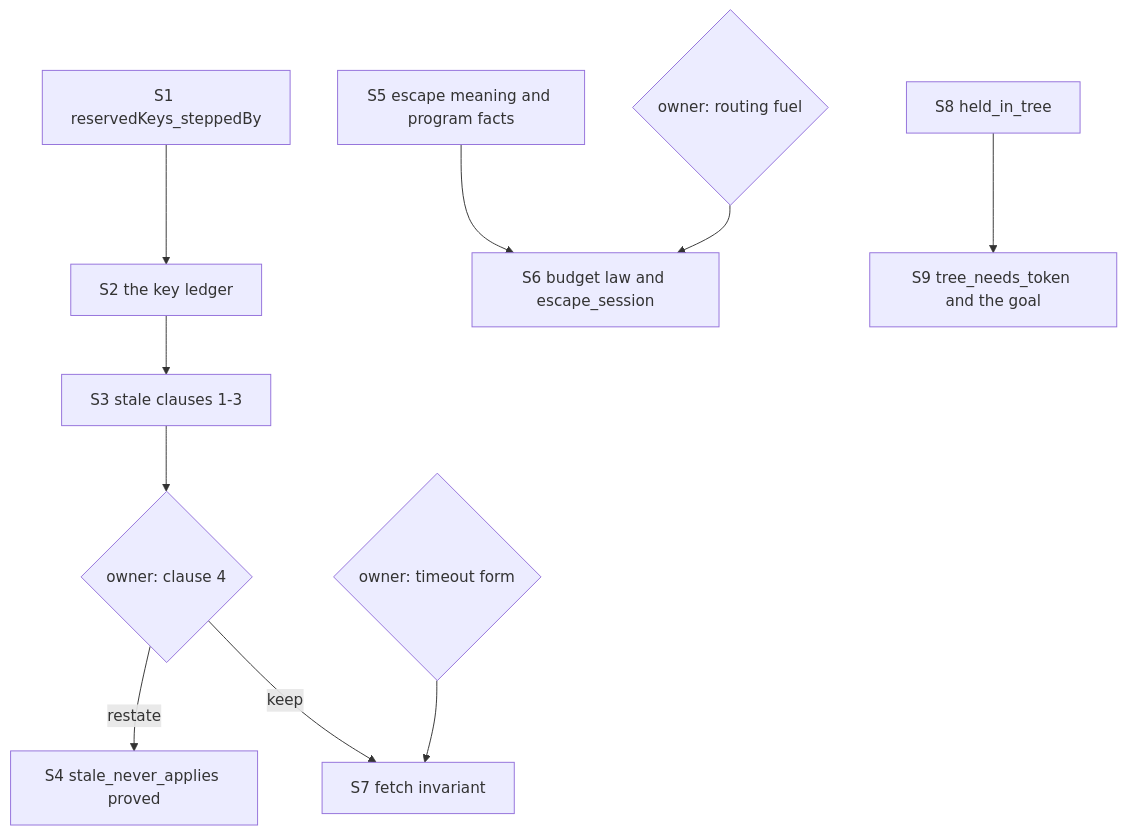
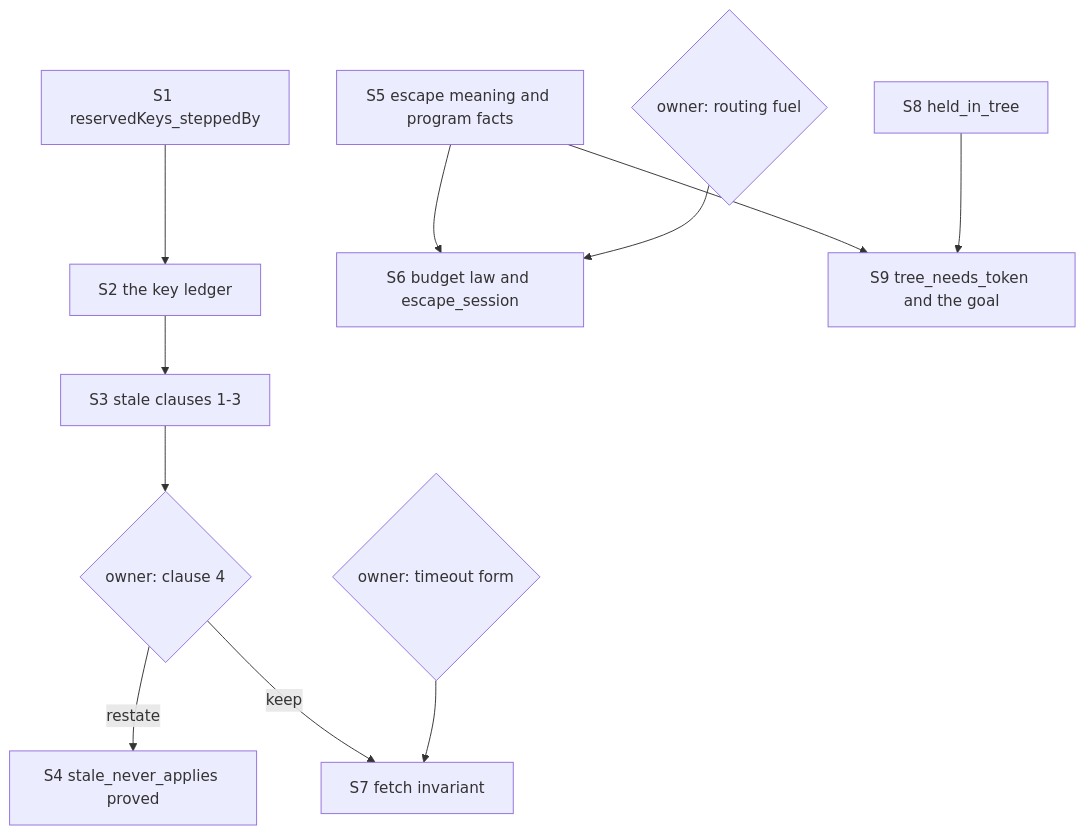
One commit to pure-algebra/lean4-effect4 changed the diagram in docs/research/2026-10-10-goals-packet/host-protocol/README.md. Above: the diagram before and after it, drawn with Mermaid. The commit also changed other lines of this file, not shown here.

Commit message:
probe host-protocol: the plan after tree_needs_token

````diff
--- a/docs/research/2026-10-10-goals-packet/host-protocol/README.md
+++ b/docs/research/2026-10-10-goals-packet/host-protocol/README.md
@@ -290,12 +292,13 @@
 ```mermaid
 flowchart TD
   S1[S1 reservedKeys_steppedBy] --> S2[S2 the key ledger]
   S2 --> S3[S3 stale clauses 1-3]
   S3 --> O1{owner: clause 4}
   O1 -->|restate| S4[S4 stale_never_applies proved]
   O1 -->|keep| S7[S7 fetch invariant]
   O2{owner: timeout form} --> S7
   S5[S5 escape meaning and program facts] --> S6[S6 budget law and escape_session]
   O3{owner: routing fuel} --> S6
-  S8[S8 held_in_tree] --> S9[S9 tree_needs_token and the goal]
+  S5 --> S9[S9 tree_needs_token and the goal]
+  S8[S8 held_in_tree] --> S9
 ```
````
